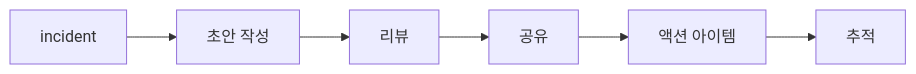
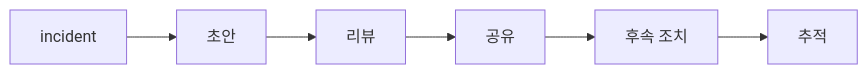
The diagram in content/incident-response-101/ko/08-postmortem.md (yeongseon-books/book-content), drawn with Mermaid before and after one commit. The commit also changed other lines of this file and 9 other files, not shown here.

````diff
--- a/content/incident-response-101/ko/08-postmortem.md
+++ b/content/incident-response-101/ko/08-postmortem.md
@@ -57,8 +49,8 @@
 ```mermaid
 flowchart LR
-    Incident["incident"] --> Draft["초안 작성"]
+    Incident["incident"] --> Draft["초안"]
     Draft --> Review["리뷰"]
     Review --> Publish["공유"]
-    Publish --> Action["액션 아이템"]
+    Publish --> Action["후속 조치"]
     Action --> Track["추적"]
 ```
````
